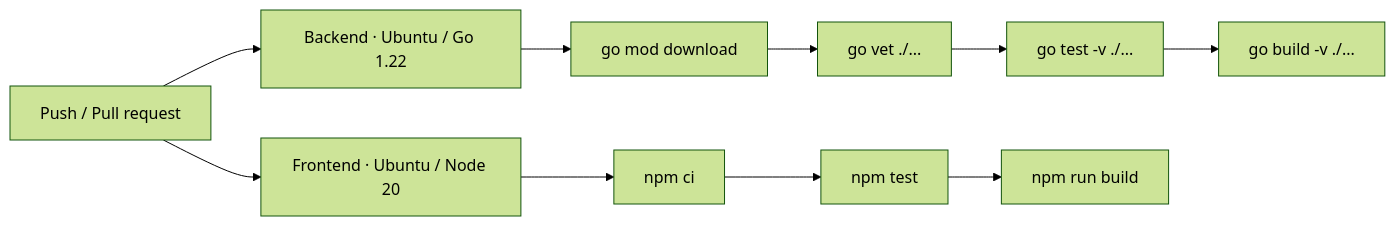
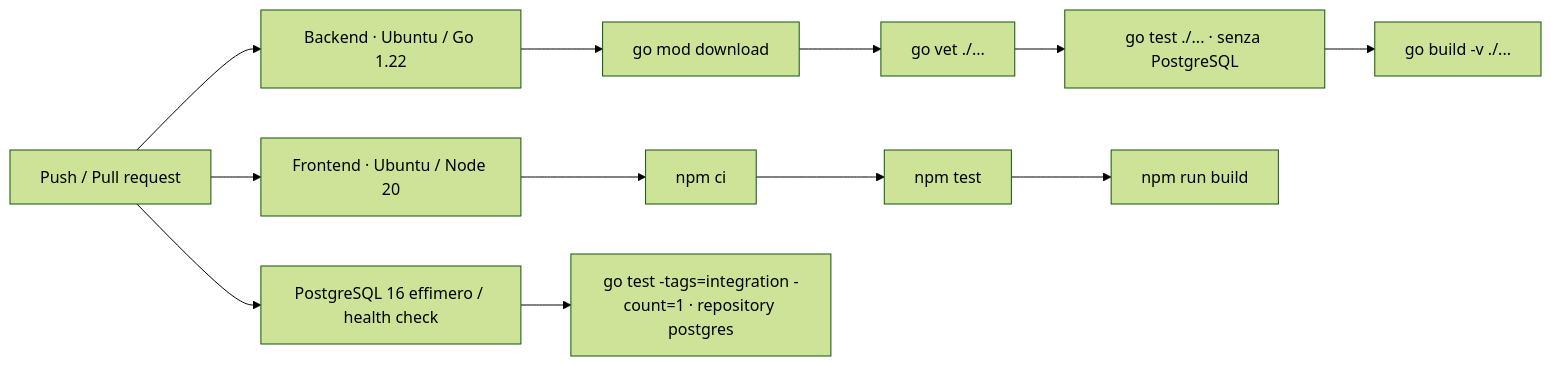
The diagram in docs/06-devops/CI_CD_PIPELINE.md (Alexx904/NextGen-CyberSecurity), drawn with Mermaid (forest theme) before and after one commit. The commit also changed other lines of this file and 90 other files, not shown here.

````diff
--- a/docs/06-devops/CI_CD_PIPELINE.md
+++ b/docs/06-devops/CI_CD_PIPELINE.md
@@ -7,12 +9,14 @@
 ```mermaid
 flowchart LR
     Event["Push / Pull request"] --> Backend["Backend · Ubuntu / Go 1.22"]
     Event --> Frontend["Frontend · Ubuntu / Node 20"]
     Backend --> GoDeps["go mod download"]
     GoDeps --> Vet["go vet ./..."]
-    Vet --> GoTest["go test -v ./..."]
+    Vet --> GoTest["go test ./... · senza PostgreSQL"]
     GoTest --> GoBuild["go build -v ./..."]
     Frontend --> Npm["npm ci"]
     Npm --> Vitest["npm test"]
     Vitest --> Bundle["npm run build"]
+    Event --> DB["PostgreSQL 16 effimero / health check"]
+    DB --> Integration["go test -tags=integration -count=1 · repository postgres"]
 ```
````
